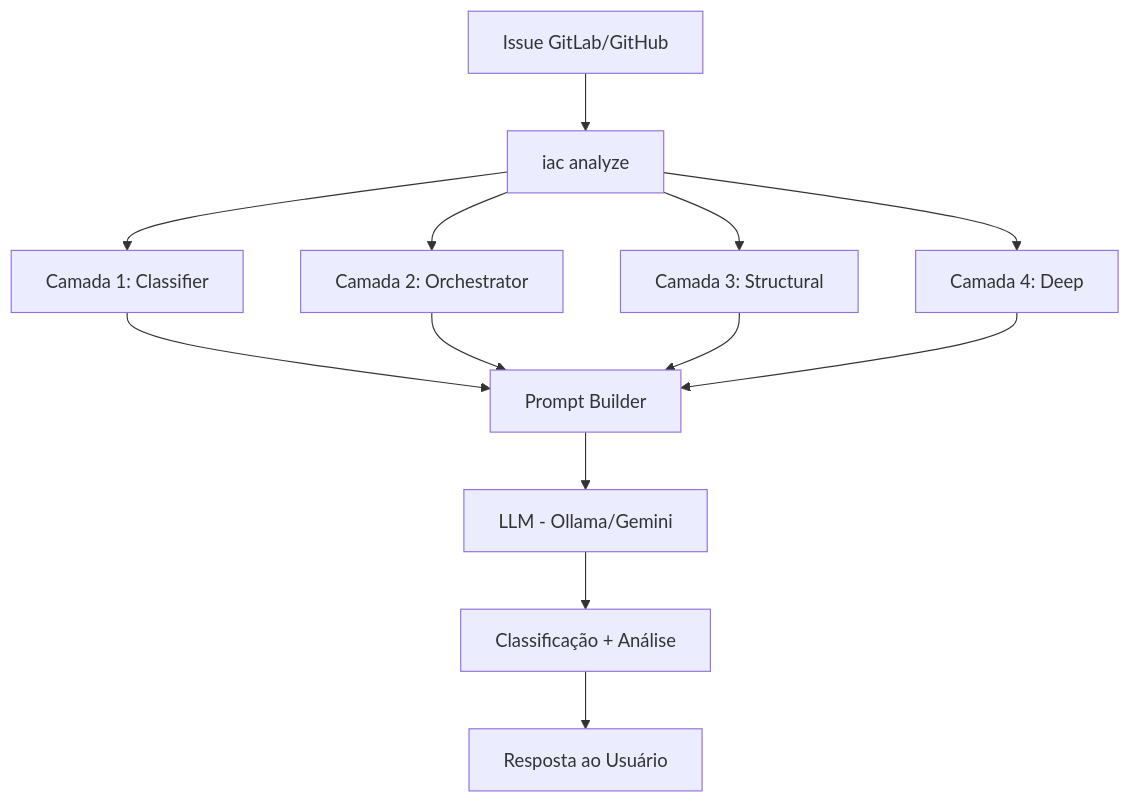
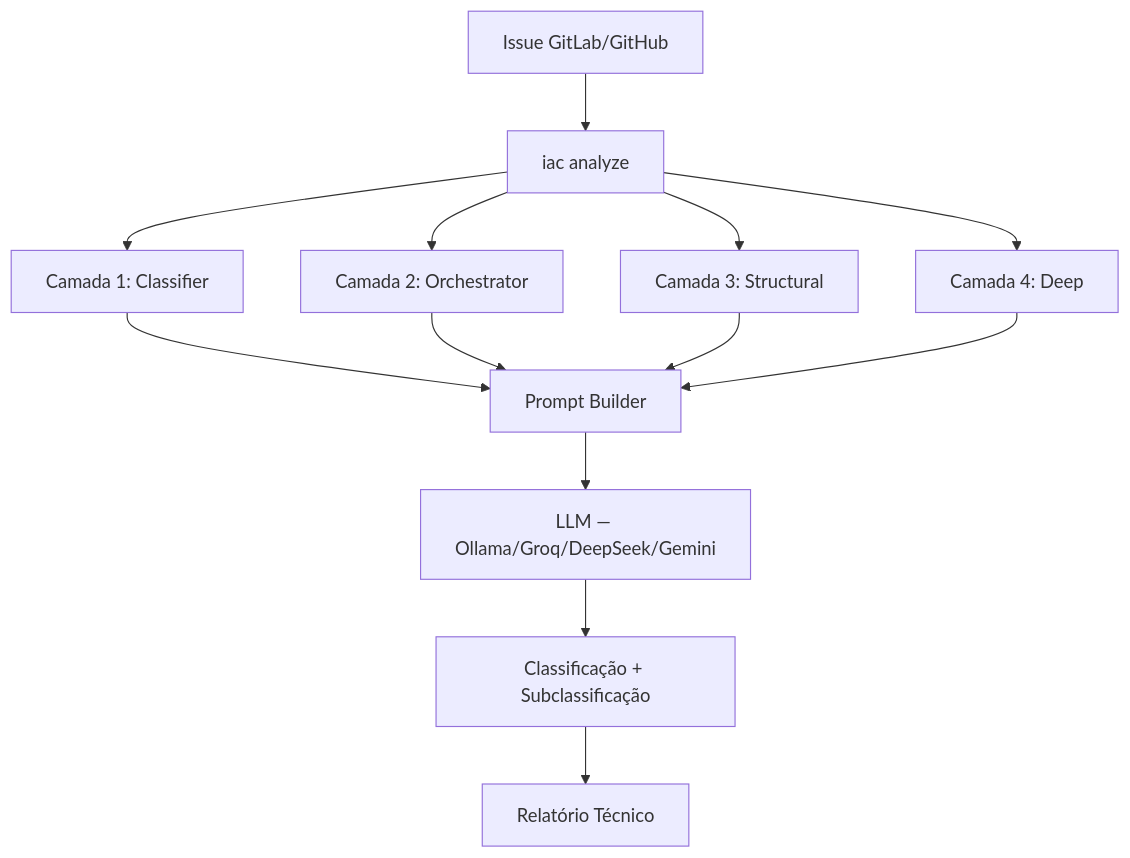
The first of 2 diagrams in docs/ARCHITECTURE.md (jailtoncarlos/incident-analyst-agent), drawn with Mermaid before and after one commit. The commit also changed other lines of this file, not shown here.

First line of the commit message:
docs: atualizar ARCHITECTURE.md com estado atual

````diff
--- a/docs/ARCHITECTURE.md
+++ b/docs/ARCHITECTURE.md
@@ -22,15 +22,15 @@
 ```mermaid
 graph TD
     A[Issue GitLab/GitHub] --> B[iac analyze]
     B --> C1[Camada 1: Classifier]
     B --> C2[Camada 2: Orchestrator]
     B --> C3[Camada 3: Structural]
     B --> C4[Camada 4: Deep]
     C1 --> D[Prompt Builder]
     C2 --> D
     C3 --> D
     C4 --> D
-    D --> E[LLM - Ollama/Gemini]
-    E --> F[Classificação + Análise]
-    F --> G[Resposta ao Usuário]
+    D --> E[LLM — Ollama/Groq/DeepSeek/Gemini]
+    E --> F[Classificação + Subclassificação]
+    F --> G[Relatório Técnico]
 ```
````
